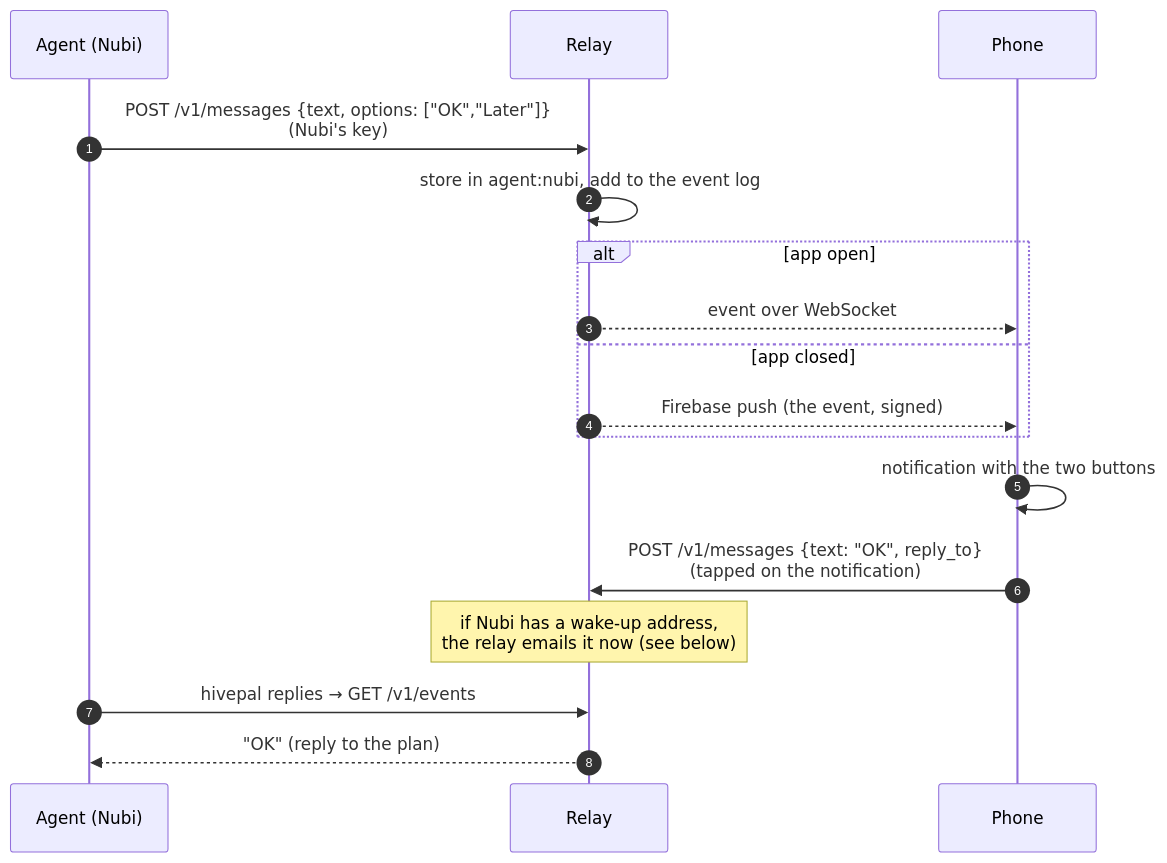
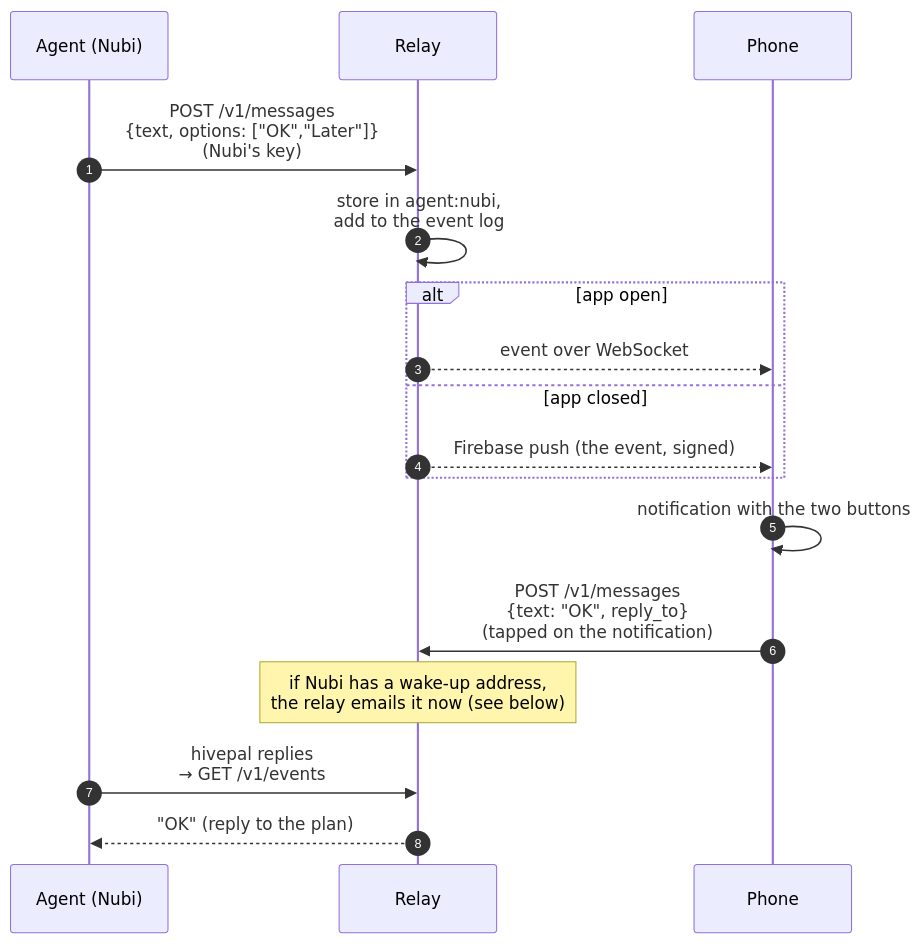
The third of 8 diagrams in docs/concepts/how-it-works.md (mixx86/hivepal), drawn with Mermaid before and after one commit. The commit also changed other lines of this file and 1 other file, not shown here.

First line of the commit message:
Docs: narrower diagrams so they stay readable on the website

````diff
--- a/docs/concepts/how-it-works.md
+++ b/docs/concepts/how-it-works.md
@@ -64,19 +64,19 @@
 ```mermaid
 sequenceDiagram
     autonumber
     participant Ag as Agent (Nubi)
     participant R as Relay
     participant P as Phone
-    Ag->>R: POST /v1/messages {text, options: ["OK","Later"]}<br/>(Nubi's key)
-    R->>R: store in agent:nubi, add to the event log
+    Ag->>R: POST /v1/messages<br/>{text, options: ["OK","Later"]}<br/>(Nubi's key)
+    R->>R: store in agent:nubi,<br/>add to the event log
     alt app open
         R-->>P: event over WebSocket
     else app closed
         R-->>P: Firebase push (the event, signed)
     end
     P->>P: notification with the two buttons
-    P->>R: POST /v1/messages {text: "OK", reply_to}<br/>(tapped on the notification)
+    P->>R: POST /v1/messages<br/>{text: "OK", reply_to}<br/>(tapped on the notification)
     Note over R: if Nubi has a wake-up address,<br/>the relay emails it now (see below)
-    Ag->>R: hivepal replies → GET /v1/events
+    Ag->>R: hivepal replies<br/>→ GET /v1/events
     R-->>Ag: "OK" (reply to the plan)
 ```
````
